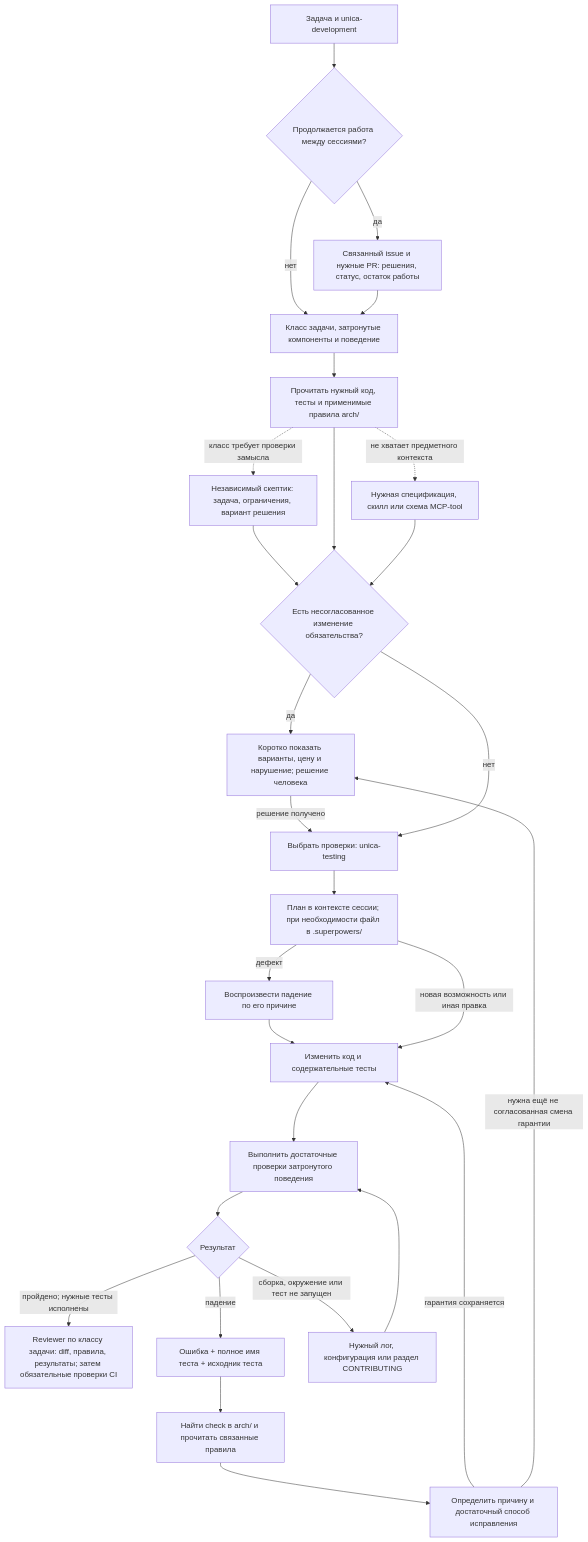
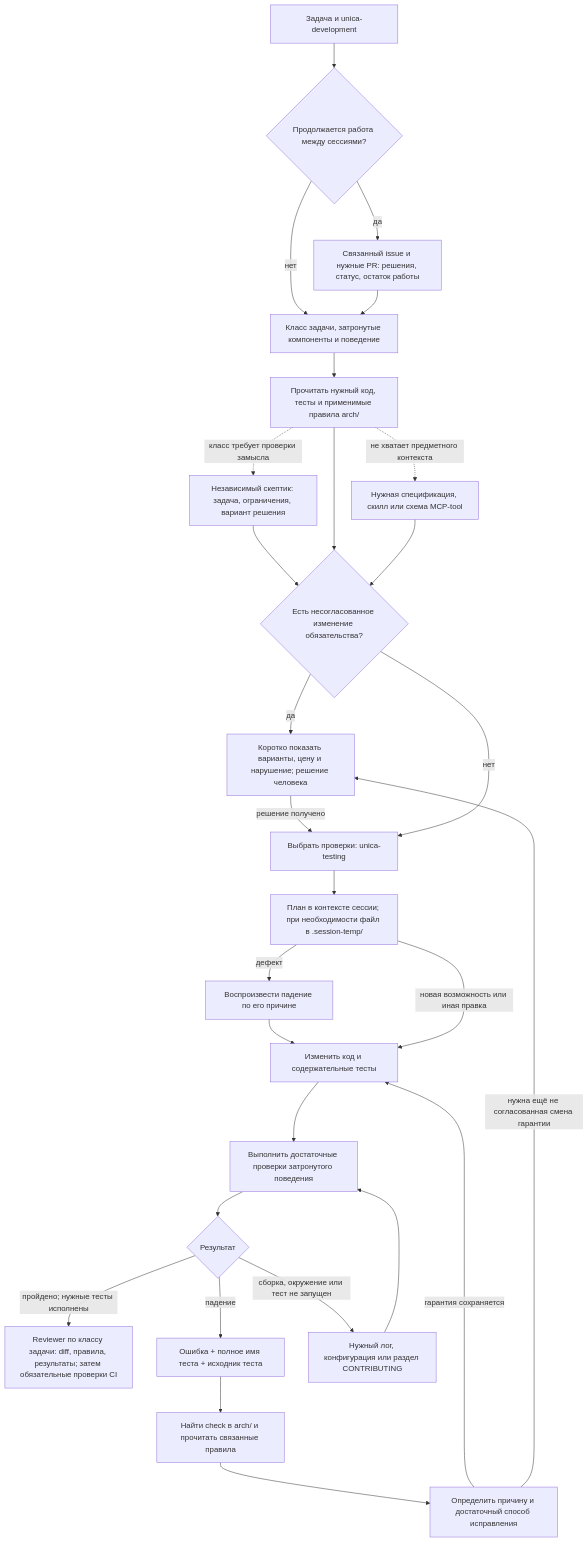
Before and after one commit to IngvarConsulting/unica: the second of 2 diagrams in AI_DEV.md, drawn with Mermaid. The commit also changed 8 other files, not shown here.

Commit message:
Use .session-temp for ignored local session files

````diff
--- a/AI_DEV.md
+++ b/AI_DEV.md
@@ -68,30 +68,30 @@
 ```mermaid
 flowchart TD
     T["Задача и unica-development"] --> CONT{"Продолжается работа между сессиями?"}
     CONT -->|"да"| ISSUE["Связанный issue и нужные PR: решения, статус, остаток работы"]
     CONT -->|"нет"| B["Класс задачи, затронутые компоненты и поведение"]
     ISSUE --> B
     B --> R["Прочитать нужный код, тесты и применимые правила arch/"]
     R -.->|"класс требует проверки замысла"| SK["Независимый скептик: задача, ограничения, вариант решения"]
     SK --> K
     R --> K{"Есть несогласованное изменение обязательства?"}
     K -->|"да"| HUMAN["Коротко показать варианты, цену и нарушение; решение человека"]
     HUMAN -->|"решение получено"| SELECT["Выбрать проверки: unica-testing"]
     K -->|"нет"| SELECT
     R -.->|"не хватает предметного контекста"| EXTRA["Нужная спецификация, скилл или схема MCP-tool"]
     EXTRA --> K
-    SELECT --> PLAN["План в контексте сессии; при необходимости файл в .superpowers/"]
+    SELECT --> PLAN["План в контексте сессии; при необходимости файл в .session-temp/"]
     PLAN -->|"дефект"| RED["Воспроизвести падение по его причине"]
     RED --> CODE["Изменить код и содержательные тесты"]
     PLAN -->|"новая возможность или иная правка"| CODE
     CODE --> RUN["Выполнить достаточные проверки затронутого поведения"]
     RUN --> RESULT{"Результат"}
     RESULT -->|"пройдено; нужные тесты исполнены"| REVIEW["Reviewer по классу задачи: diff, правила, результаты; затем обязательные проверки CI"]
     RESULT -->|"падение"| FAIL["Ошибка + полное имя теста + исходник теста"]
     FAIL --> LOOKUP["Найти check в arch/ и прочитать связанные правила"]
     LOOKUP --> DIAG["Определить причину и достаточный способ исправления"]
     DIAG -->|"гарантия сохраняется"| CODE
     DIAG -->|"нужна ещё не согласованная смена гарантии"| HUMAN
     RESULT -->|"сборка, окружение или тест не запущен"| ENV["Нужный лог, конфигурация или раздел CONTRIBUTING"]
     ENV --> RUN
 ```
````
